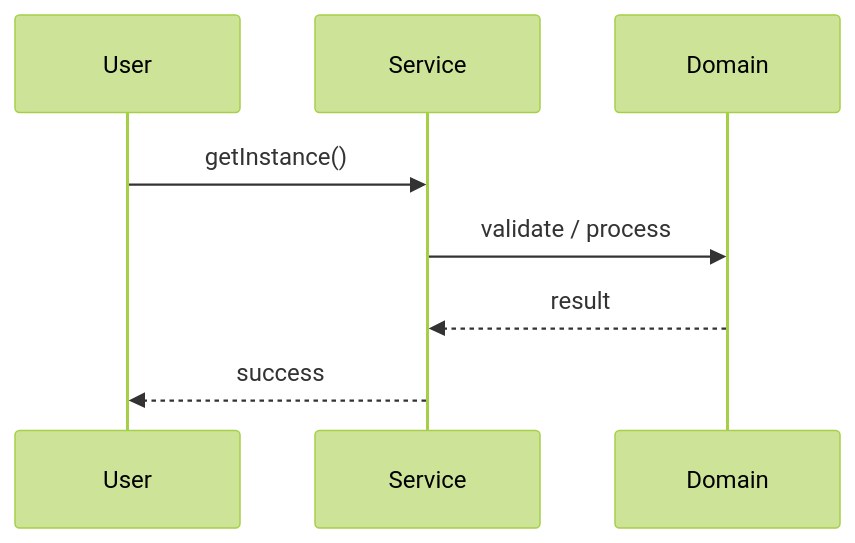
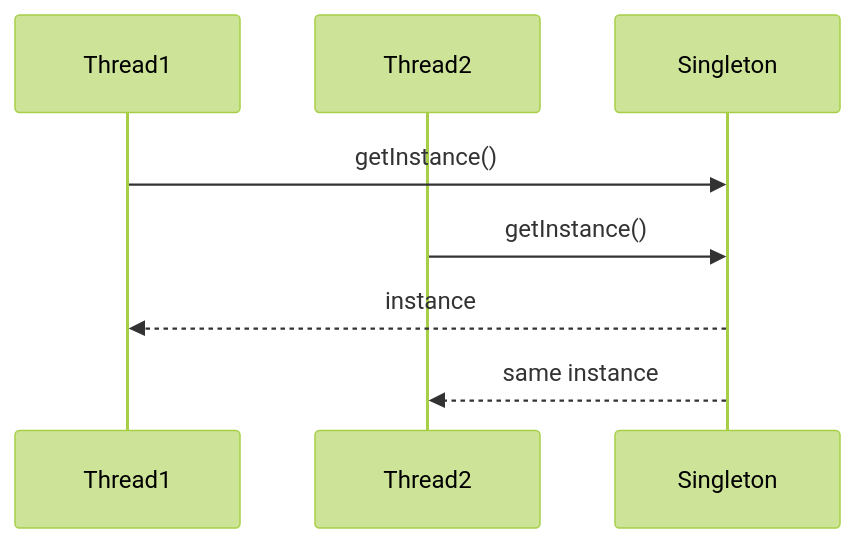
The second of 3 diagrams in Learn/System Design - Low Level Design/04-concurrency-lld/questions/Q01-thread-safe-singleton.md (madhupaila/Interview-Prep-SSE), drawn with Mermaid (forest theme) before and after one commit. The commit also changed other lines of this file and 491 other files, not shown here.

````diff
--- a/Learn/System Design - Low Level Design/04-concurrency-lld/questions/Q01-thread-safe-singleton.md
+++ b/Learn/System Design - Low Level Design/04-concurrency-lld/questions/Q01-thread-safe-singleton.md
@@ -118,10 +140,10 @@
 ```mermaid
 sequenceDiagram
-    participant U as User
-    participant S as Service
-    participant D as Domain
-    U->>S: getInstance()
-    S->>D: validate / process
-    D-->>S: result
-    S-->>U: success
+participant T1 as Thread1
+participant T2 as Thread2
+participant S as Singleton
+T1->>S: getInstance()
+T2->>S: getInstance()
+S-->>T1: instance
+S-->>T2: same instance
 ```
````
